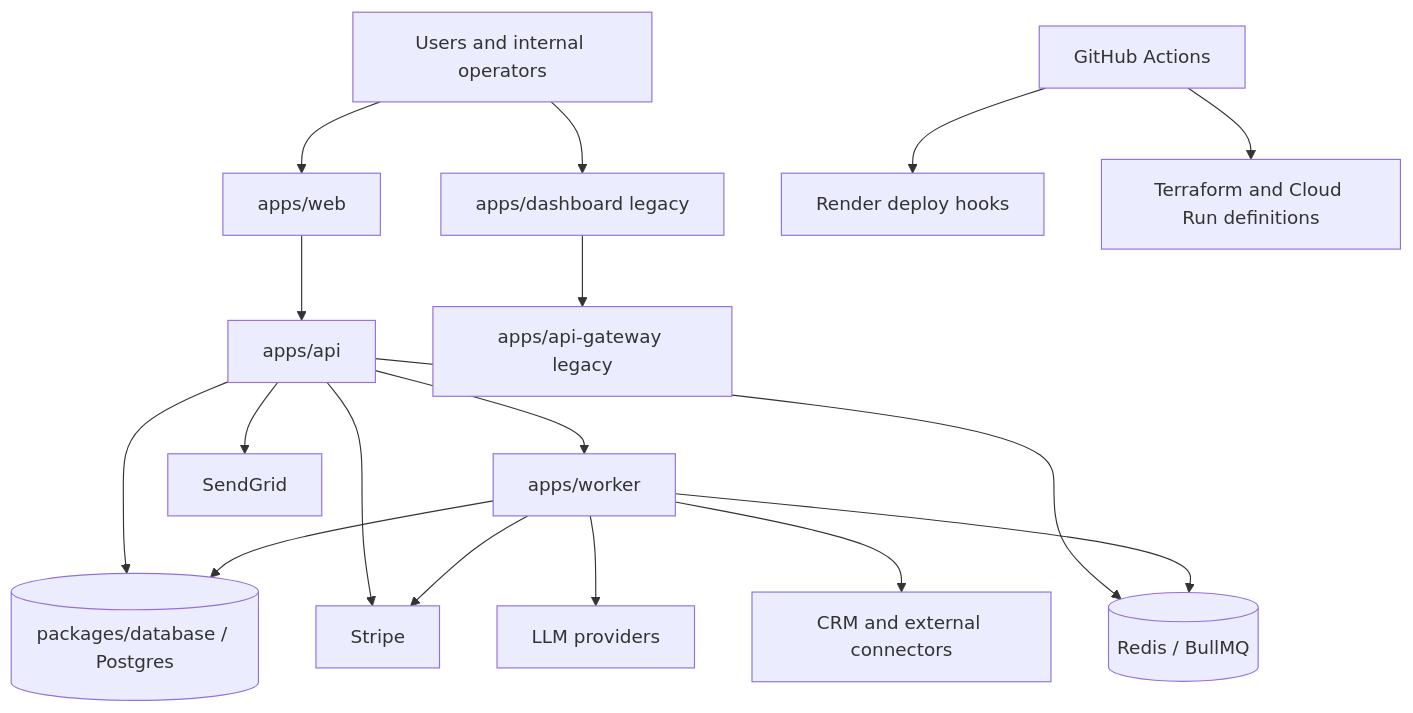
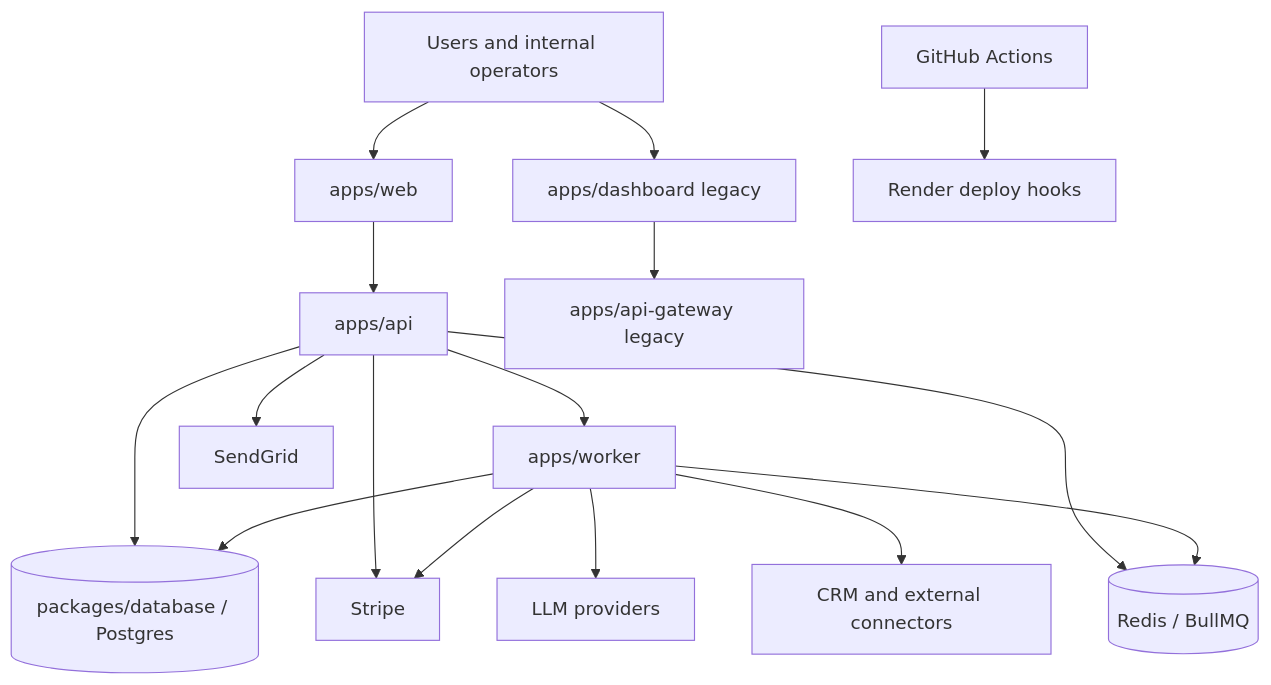
Before and after one commit to MaarksN/PROJETO-FINAL-BIRTHUB-360-INNOVATION: the first of 3 diagrams in docs/f10/architecture.md, drawn with Mermaid. The commit also changed other lines of this file and 87 other files, not shown here.

````diff
--- a/docs/f10/architecture.md
+++ b/docs/f10/architecture.md
@@ -16,19 +16,18 @@
 ```mermaid
 graph TD
   Users[Users and internal operators] --> Web[apps/web]
   Users --> Dashboard[apps/dashboard legacy]
   Web --> Api[apps/api]
   Dashboard --> ApiGateway[apps/api-gateway legacy]
   Api --> Worker[apps/worker]
   Api --> Database[(packages/database / Postgres)]
   Worker --> Database
   Api --> Stripe[Stripe]
   Worker --> Stripe
   Api --> SendGrid[SendGrid]
   Worker --> LLM[LLM providers]
   Worker --> CRM[CRM and external connectors]
   Api --> Redis[(Redis / BullMQ)]
   Worker --> Redis
   GitHub[GitHub Actions] --> Render[Render deploy hooks]
-  GitHub --> CloudRun[Terraform and Cloud Run definitions]
 ```
````
